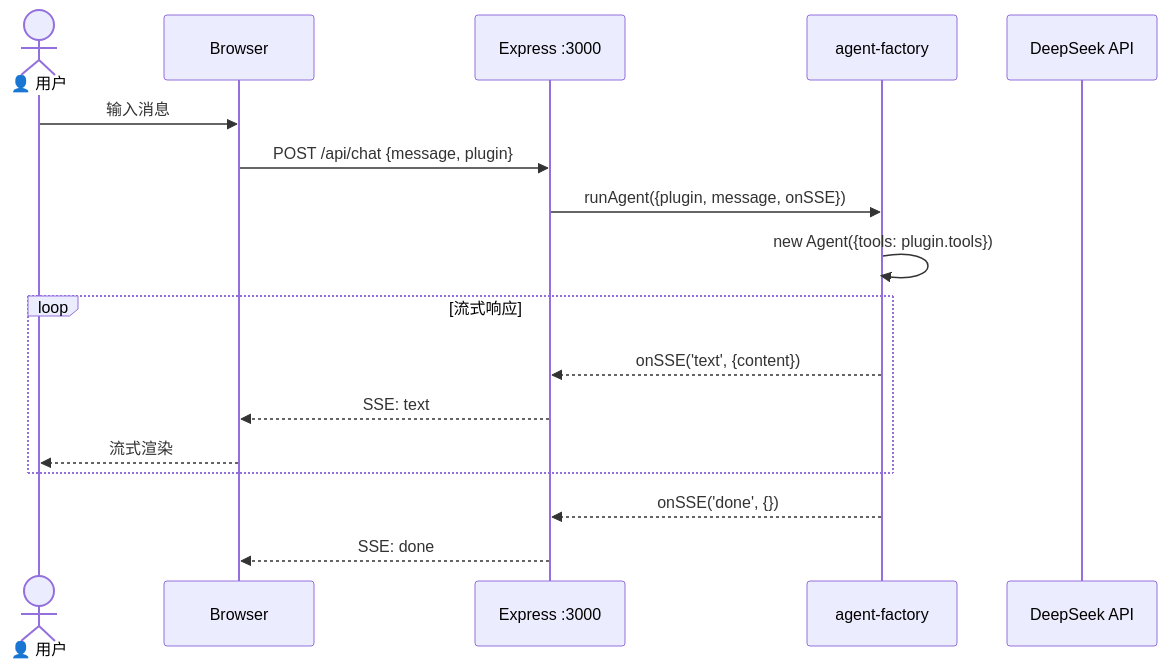
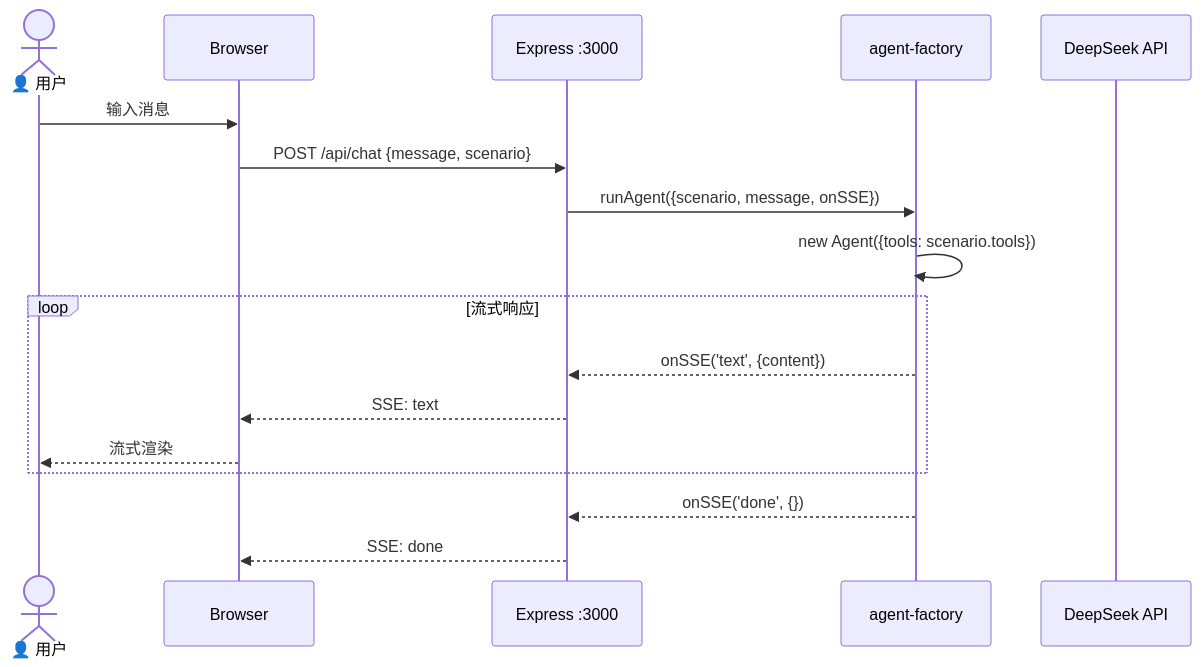
One commit to yjzaaa/leave-approval-agent changed the fourth of 7 diagrams in CLAUDE.md. Above: the diagram before and after it, drawn with Mermaid. The commit also changed other lines of this file and 80 other files, not shown here.

First line of the commit message:
refactor: Plugin → Scenario 全局重命名，消除业务术语歧义

````diff
--- a/CLAUDE.md
+++ b/CLAUDE.md
@@ -171,22 +171,22 @@
 ```mermaid
 sequenceDiagram
     actor User as 👤 用户
     participant Browser as Browser
     participant Express as Express :3000
     participant Factory as agent-factory
     participant DeepSeek as DeepSeek API
 
     User->>Browser: 输入消息
-    Browser->>Express: POST /api/chat {message, plugin}
-    Express->>Factory: runAgent({plugin, message, onSSE})
-    Factory->>Factory: new Agent({tools: plugin.tools})
+    Browser->>Express: POST /api/chat {message, scenario}
+    Express->>Factory: runAgent({scenario, message, onSSE})
+    Factory->>Factory: new Agent({tools: scenario.tools})
 
     loop 流式响应
         Factory-->>Express: onSSE('text', {content})
         Express-->>Browser: SSE: text
         Browser-->>User: 流式渲染
     end
 
     Factory-->>Express: onSSE('done', {})
     Express-->>Browser: SSE: done
 ```
````
